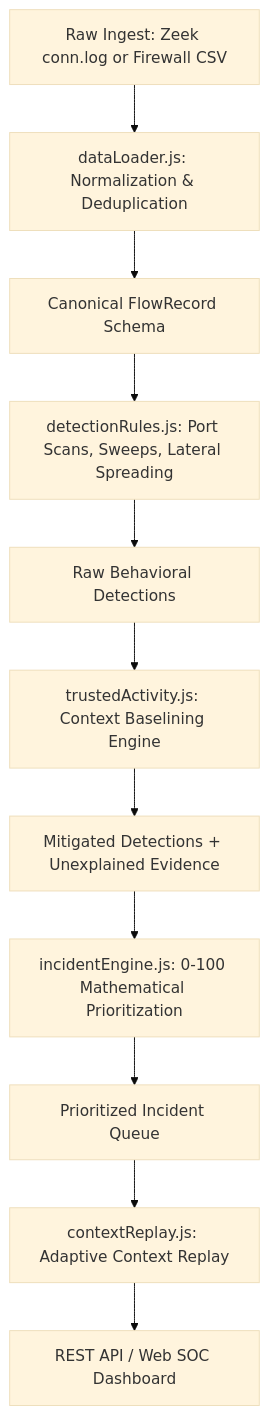
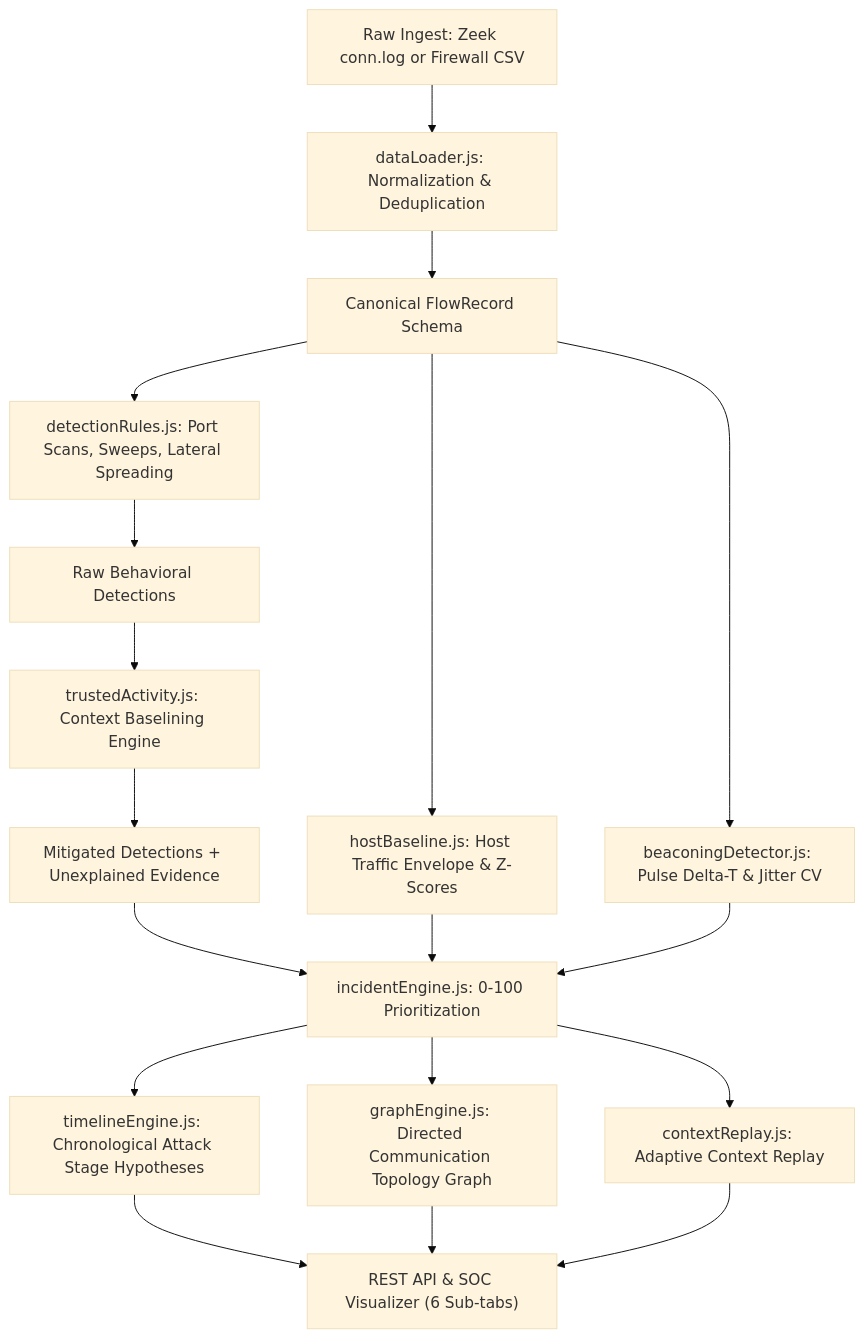
One commit to vineethjarupla44-alt/Sentinal-AI changed the diagram in docs/ARCHITECTURE.md. Above: the diagram before and after it, drawn with Mermaid (base theme). The commit also changed other lines of this file and 25 other files, not shown here.

````diff
--- a/docs/ARCHITECTURE.md
+++ b/docs/ARCHITECTURE.md
@@ -61,13 +65,20 @@
 ```mermaid
 graph TD
     A["Raw Ingest: Zeek conn.log or Firewall CSV"] --> B["dataLoader.js: Normalization & Deduplication"]
     B --> C["Canonical FlowRecord Schema"]
     C --> D["detectionRules.js: Port Scans, Sweeps, Lateral Spreading"]
+    C --> D1["hostBaseline.js: Host Traffic Envelope & Z-Scores"]
+    C --> D2["beaconingDetector.js: Pulse Delta-T & Jitter CV"]
     D --> E["Raw Behavioral Detections"]
     E --> F["trustedActivity.js: Context Baselining Engine"]
     F --> G["Mitigated Detections + Unexplained Evidence"]
-    G --> H["incidentEngine.js: 0-100 Mathematical Prioritization"]
-    H --> I["Prioritized Incident Queue"]
-    I --> J["contextReplay.js: Adaptive Context Replay"]
-    J --> K["REST API / Web SOC Dashboard"]
+    G --> H["incidentEngine.js: 0-100 Prioritization"]
+    D1 --> H
+    D2 --> H
+    H --> I["timelineEngine.js: Chronological Attack Stage Hypotheses"]
+    H --> J["graphEngine.js: Directed Communication Topology Graph"]
+    H --> K["contextReplay.js: Adaptive Context Replay"]
+    I --> L["REST API & SOC Visualizer (6 Sub-tabs)"]
+    J --> L
+    K --> L
 ```
````
